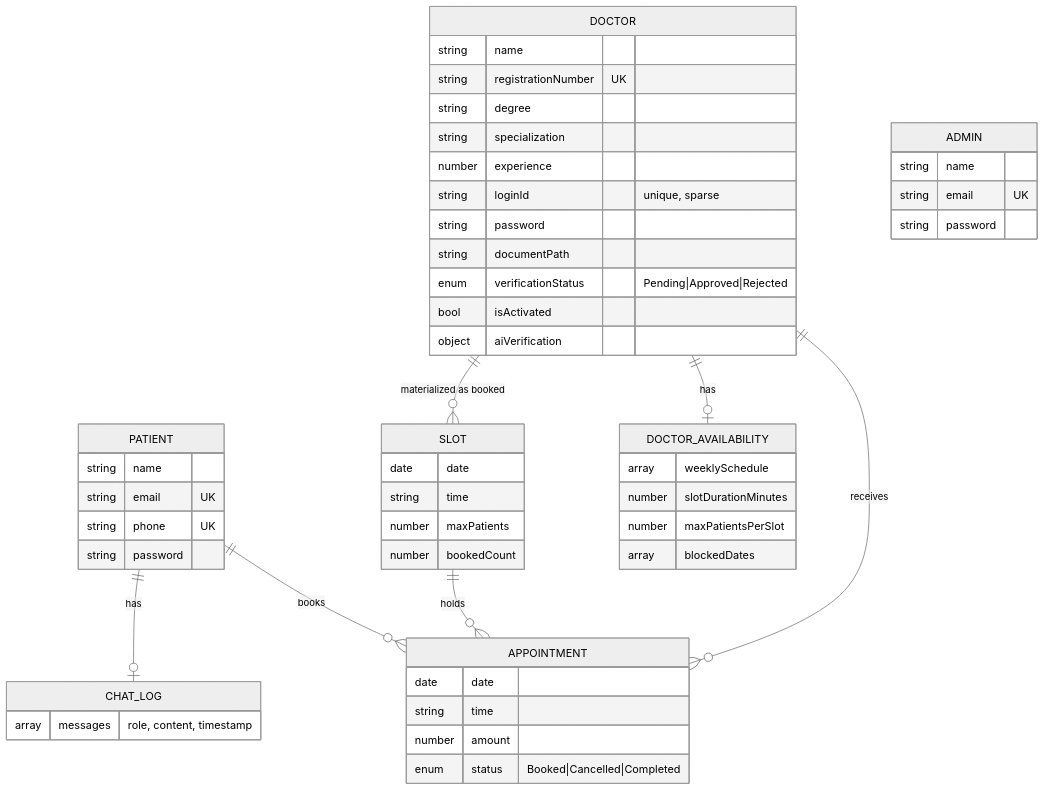
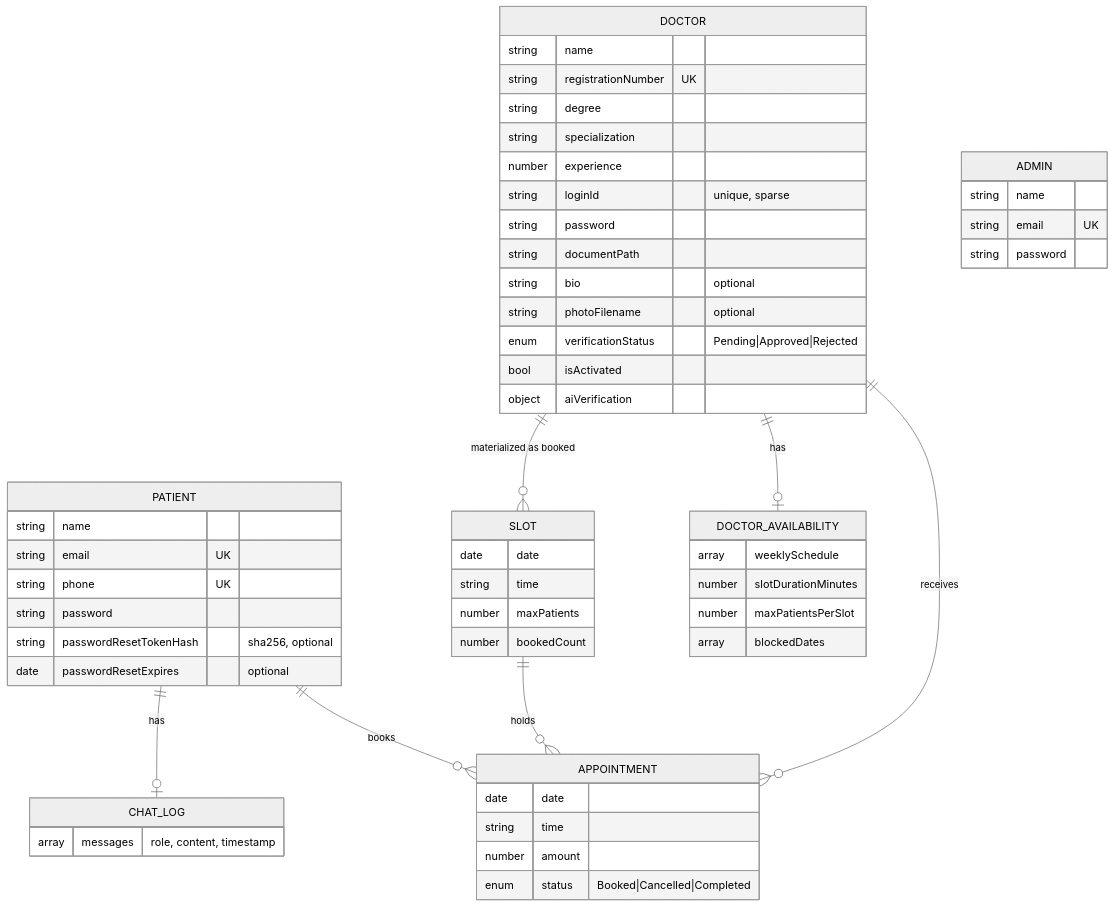
One commit to SouradeepMisra/MedAI-Connect changed the third of 3 diagrams in docs/04-Architecture.md. Above: the diagram before and after it, drawn with Mermaid (neutral theme). The commit also changed other lines of this file and 9 other files, not shown here.

````diff
--- a/docs/04-Architecture.md
+++ b/docs/04-Architecture.md
@@ -94,55 +106,59 @@
 ```mermaid
 erDiagram
     PATIENT ||--o{ APPOINTMENT : books
     DOCTOR  ||--o{ APPOINTMENT : receives
     DOCTOR  ||--o| DOCTOR_AVAILABILITY : has
     DOCTOR  ||--o{ SLOT : "materialized as booked"
     SLOT    ||--o{ APPOINTMENT : holds
     PATIENT ||--o| CHAT_LOG : has
 
     PATIENT {
         string name
         string email UK
         string phone UK
         string password
+        string passwordResetTokenHash "sha256, optional"
+        date passwordResetExpires "optional"
     }
     DOCTOR {
         string name
         string registrationNumber UK
         string degree
         string specialization
         number experience
         string loginId "unique, sparse"
         string password
         string documentPath
+        string bio "optional"
+        string photoFilename "optional"
         enum verificationStatus "Pending|Approved|Rejected"
         bool isActivated
         object aiVerification
     }
     DOCTOR_AVAILABILITY {
         array weeklySchedule
         number slotDurationMinutes
         number maxPatientsPerSlot
         array blockedDates
     }
     SLOT {
         date date
         string time
         number maxPatients
         number bookedCount
     }
     APPOINTMENT {
         date date
         string time
         number amount
         enum status "Booked|Cancelled|Completed"
     }
     CHAT_LOG {
         array messages "role, content, timestamp"
     }
     ADMIN {
         string name
         string email UK
         string password
     }
 ```
````
